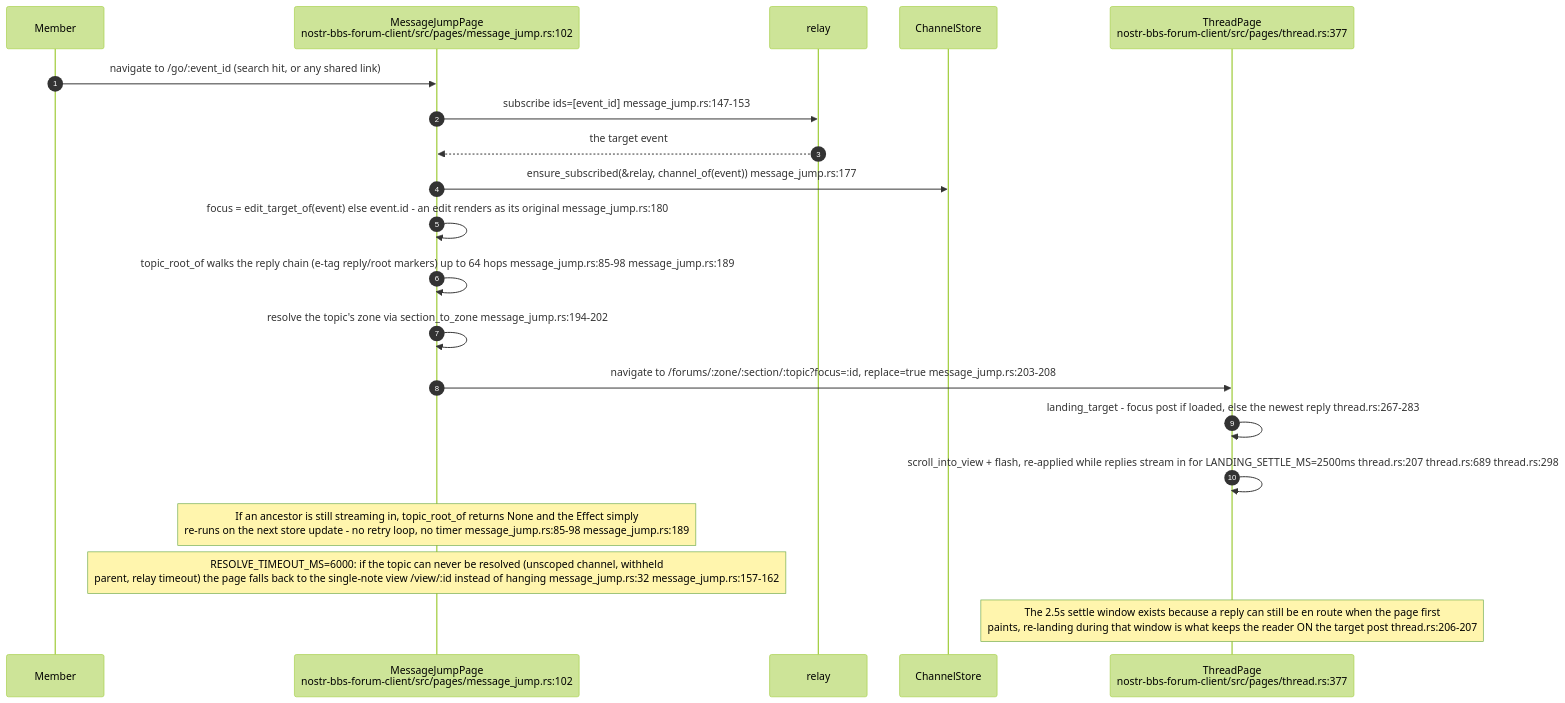
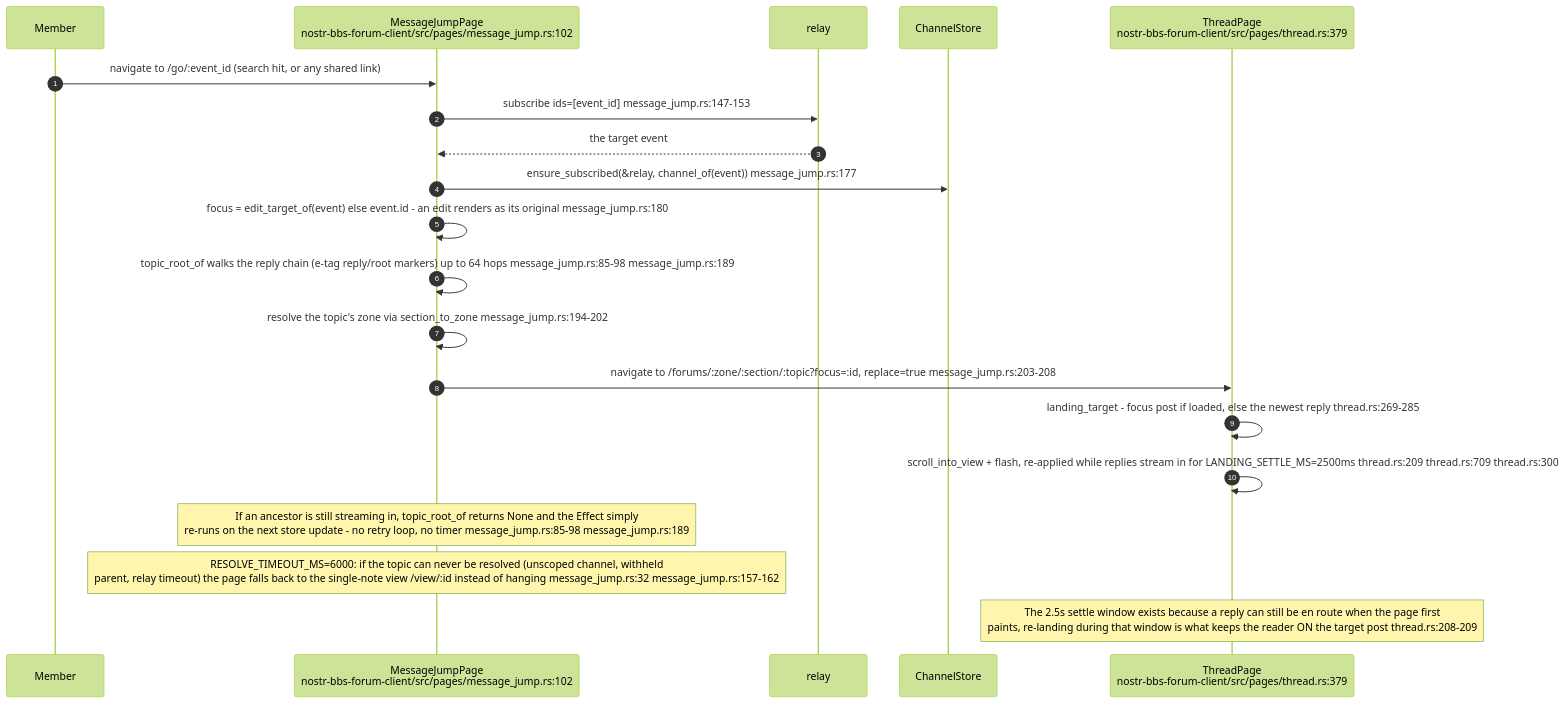
Diagram 15 of 20 in docs/diagrams/nostr-rust-forum/05-leptos-clients-onboarding-messaging-governance.md (DreamLab-AI/VisionFlow), drawn with Mermaid (forest theme) before and after one commit. The commit also changed other lines of this file and 1 other file, not shown here.

First line of the commit message:
WIP diagrams/kit-fold: re-stamp NF-05 and NF-10 to fd31193, close O21, fold kit register items

````diff
--- a/docs/diagrams/nostr-rust-forum/05-leptos-clients-onboarding-messaging-governance.md
+++ b/docs/diagrams/nostr-rust-forum/05-leptos-clients-onboarding-messaging-governance.md
@@ -516,25 +522,25 @@
 ```mermaid
 sequenceDiagram
     autonumber
     participant U as Member
     participant MJ as MessageJumpPage<br/>nostr-bbs-forum-client/src/pages/message_jump.rs:102
     participant R as relay
     participant CS as ChannelStore
-    participant TP as ThreadPage<br/>nostr-bbs-forum-client/src/pages/thread.rs:377
+    participant TP as ThreadPage<br/>nostr-bbs-forum-client/src/pages/thread.rs:379
 
     U->>MJ: navigate to /go/:event_id (search hit, or any shared link)
     MJ->>R: subscribe ids=[event_id] message_jump.rs:147-153
     R-->>MJ: the target event
     MJ->>CS: ensure_subscribed(&relay, channel_of(event)) message_jump.rs:177
     MJ->>MJ: focus = edit_target_of(event) else event.id - an edit renders as its original message_jump.rs:180
     MJ->>MJ: topic_root_of walks the reply chain (e-tag reply/root markers) up to 64 hops message_jump.rs:85-98 message_jump.rs:189
     MJ->>MJ: resolve the topic's zone via section_to_zone message_jump.rs:194-202
     MJ->>TP: navigate to /forums/:zone/:section/:topic?focus=:id, replace=true message_jump.rs:203-208
 
-    TP->>TP: landing_target - focus post if loaded, else the newest reply thread.rs:267-283
-    TP->>TP: scroll_into_view + flash, re-applied while replies stream in for LANDING_SETTLE_MS=2500ms thread.rs:207 thread.rs:689 thread.rs:298
+    TP->>TP: landing_target - focus post if loaded, else the newest reply thread.rs:269-285
+    TP->>TP: scroll_into_view + flash, re-applied while replies stream in for LANDING_SETTLE_MS=2500ms thread.rs:209 thread.rs:709 thread.rs:300
 
     Note over MJ: If an ancestor is still streaming in, topic_root_of returns None and the Effect simply<br/>re-runs on the next store update - no retry loop, no timer message_jump.rs:85-98 message_jump.rs:189
     Note over MJ: RESOLVE_TIMEOUT_MS=6000: if the topic can never be resolved (unscoped channel, withheld<br/>parent, relay timeout) the page falls back to the single-note view /view/:id instead of hanging message_jump.rs:32 message_jump.rs:157-162
-    Note over TP: The 2.5s settle window exists because a reply can still be en route when the page first<br/>paints, re-landing during that window is what keeps the reader ON the target post thread.rs:206-207
+    Note over TP: The 2.5s settle window exists because a reply can still be en route when the page first<br/>paints, re-landing during that window is what keeps the reader ON the target post thread.rs:208-209
 ```
````
